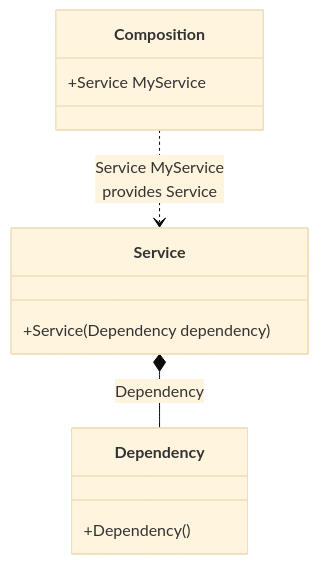
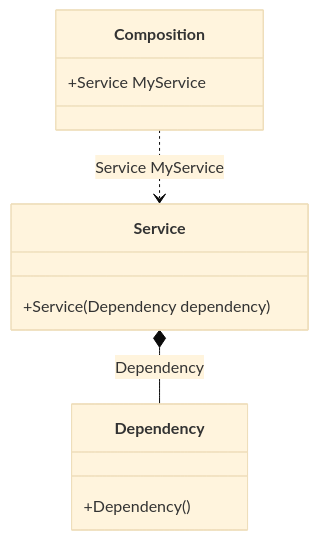
Before and after one commit to DevTeam/Pure.DI: the diagram in readme/auto-bindings.md, drawn with Mermaid (base theme). The commit also changed other lines of this file and 74 other files, not shown here.

````diff
--- a/readme/auto-bindings.md
+++ b/readme/auto-bindings.md
@@ -30,14 +30,14 @@
 ```mermaid
 classDiagram
   class Composition {
     +Service MyService
   }
   class Dependency {
     +Dependency()
   }
   class Service {
     +Service(Dependency dependency)
   }
   Service *--  Dependency : Dependency
-  Composition ..> Service : Service MyService<br/>provides Service
+  Composition ..> Service : Service MyService
 ```
````
